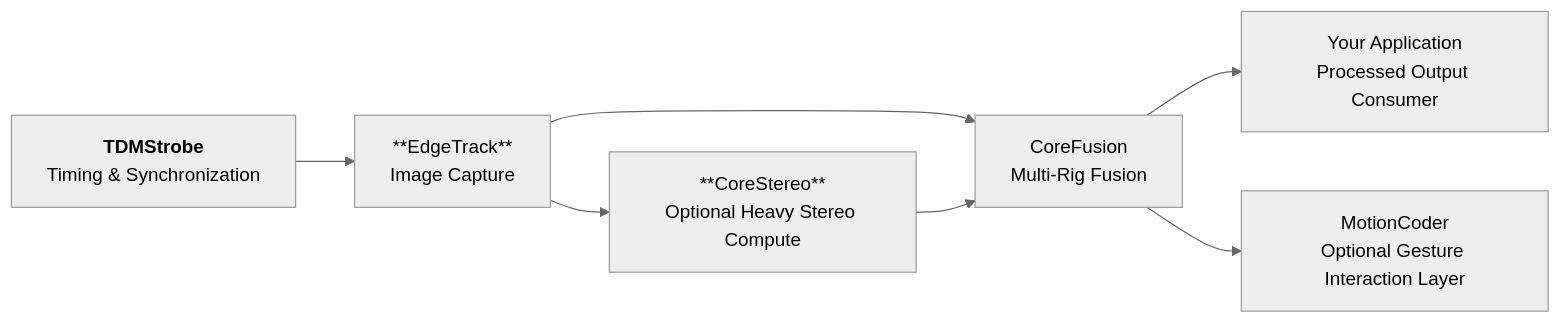
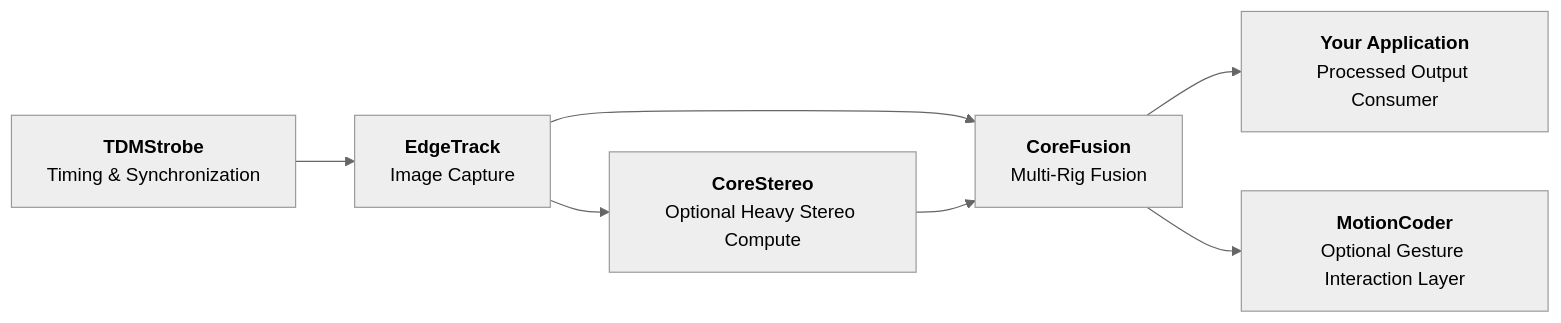
Before and after one commit to edgetrackorg/overview: the diagram in README.md, drawn with Mermaid (neutral theme).

````diff
--- a/README.md
+++ b/README.md
@@ -46,16 +46,16 @@
 ```mermaid
 flowchart LR
     A[<strong>TDMStrobe</strong><br/>Timing & Synchronization]
-    B[**EdgeTrack**<br/>Image Capture]
-    C[**CoreStereo**<br/>Optional Heavy Stereo Compute]
-    D[CoreFusion<br/>Multi-Rig Fusion]
-    E[Your Application<br/>Processed Output Consumer]
-    F[MotionCoder<br/>Optional Gesture Interaction Layer]
+    B[<strong>EdgeTrack</strong><br/>Image Capture]
+    C[<strong>CoreStereo</strong><br/>Optional Heavy Stereo Compute]
+    D[<strong>CoreFusion</strong><br/>Multi-Rig Fusion]
+    E[<strong>Your Application</strong><br/>Processed Output Consumer]
+    F[<strong>MotionCoder</strong><br/>Optional Gesture Interaction Layer]
 
     A --> B
     B --> D
     B --> C
     C --> D
     D --> E
     D --> F
 ```
````
